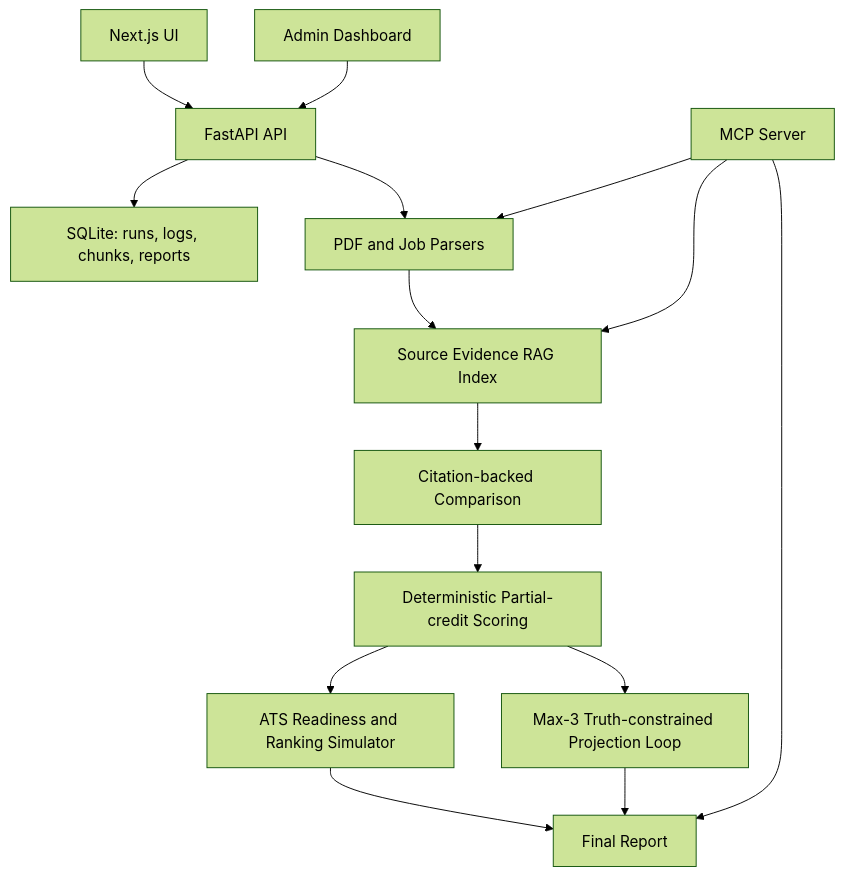
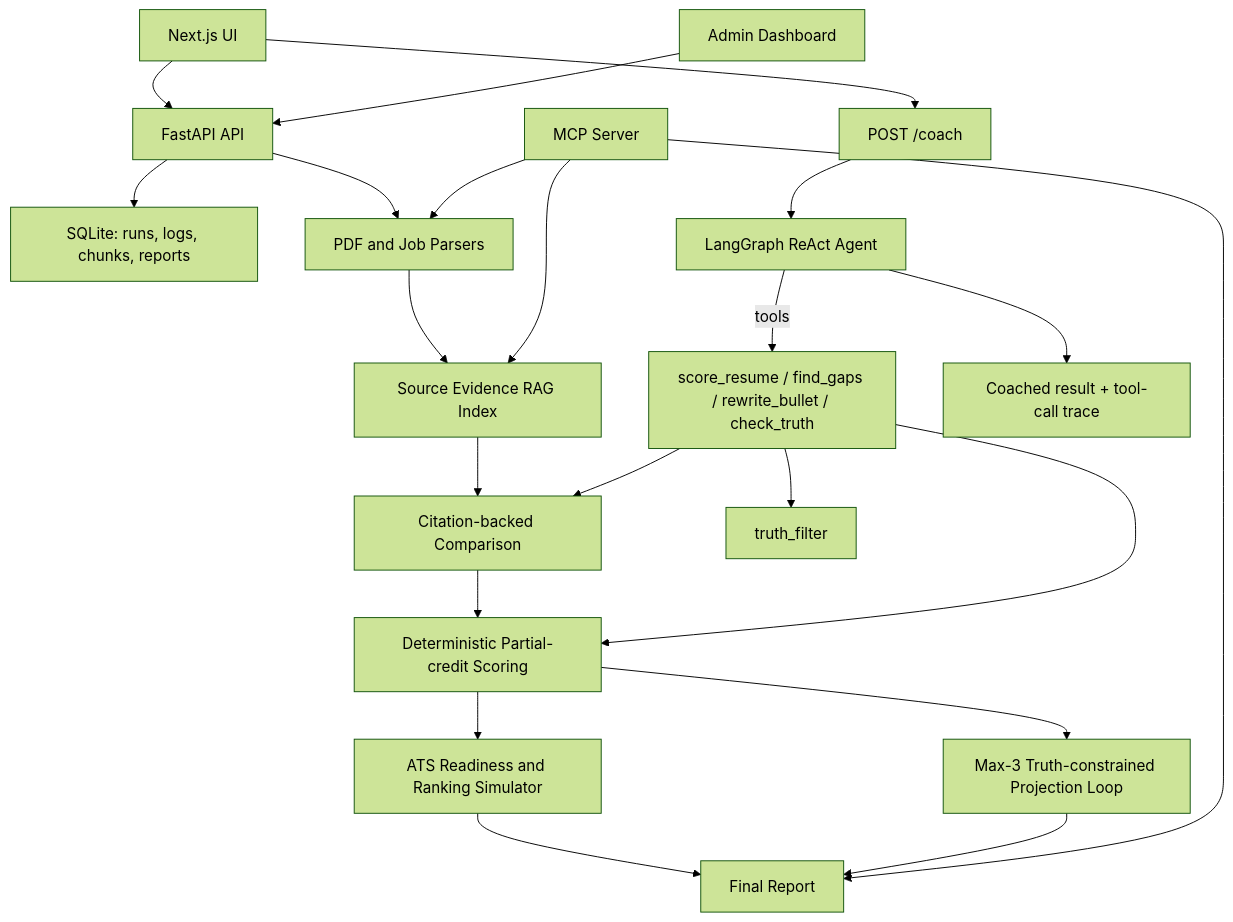
The first of 2 diagrams in README.md (daksh-malhan/truth-constrained-resume-match-evaluator), drawn with Mermaid (forest theme) before and after one commit. The commit also changed other lines of this file and 27 other files, not shown here.

````diff
--- a/README.md
+++ b/README.md
@@ -27,17 +27,24 @@
 ```mermaid
 flowchart TD
   UI["Next.js UI"] --> API["FastAPI API"]
   Admin["Admin Dashboard"] --> API
   API --> DB["SQLite: runs, logs, chunks, reports"]
   API --> Parser["PDF and Job Parsers"]
   Parser --> RAG["Source Evidence RAG Index"]
   RAG --> Compare["Citation-backed Comparison"]
   Compare --> Score["Deterministic Partial-credit Scoring"]
   Score --> ATS["ATS Readiness and Ranking Simulator"]
   Score --> Loop["Max-3 Truth-constrained Projection Loop"]
   ATS --> Report["Final Report"]
   Loop --> Report
   MCP["MCP Server"] --> Parser
   MCP --> RAG
   MCP --> Report
+  UI --> Coach["POST /coach"]
+  Coach --> Agent["LangGraph ReAct Agent"]
+  Agent -->|tools| Tools["score_resume / find_gaps / rewrite_bullet / check_truth"]
+  Tools --> Score
+  Tools --> Compare
+  Tools --> Truth["truth_filter"]
+  Agent --> Trace["Coached result + tool-call trace"]
 ```
````
